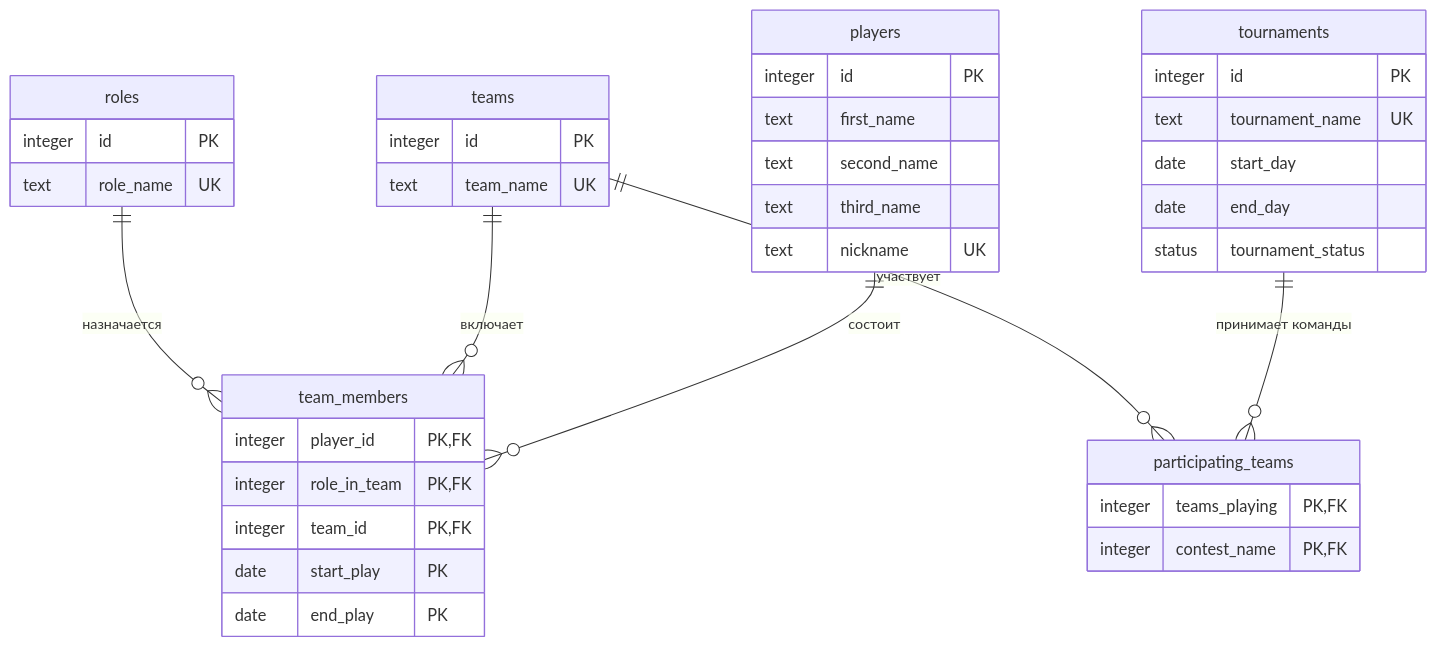
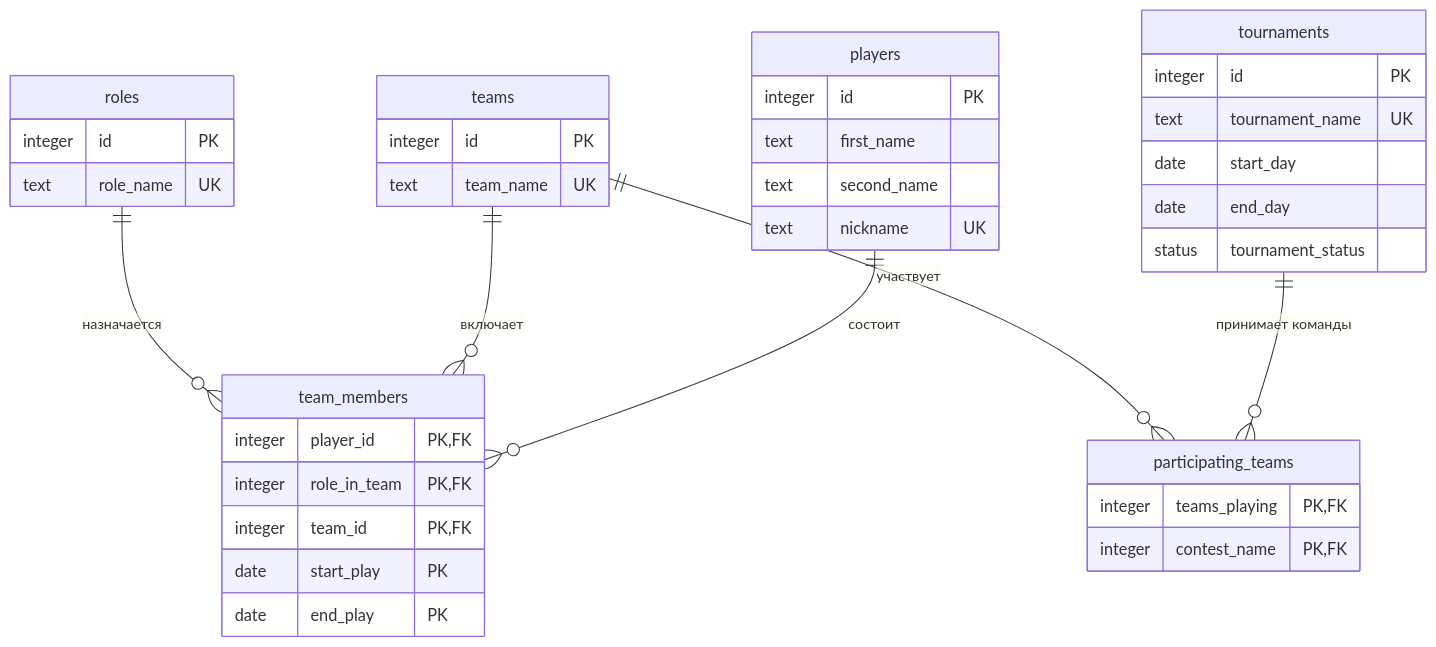
Before and after one commit to ttidalwavess/db_parygina_cybersport: the diagram in README.md, drawn with Mermaid. The commit also changed other lines of this file and 1 other file, not shown here.

````diff
--- a/README.md
+++ b/README.md
@@ -47,48 +47,47 @@
 ```mermaid
 erDiagram
     roles ||--o{ team_members : "назначается"
     teams ||--o{ team_members : "включает"
     players ||--o{ team_members : "состоит"
     teams ||--o{ participating_teams : "участвует"
     tournaments ||--o{ participating_teams : "принимает команды"
     
 
     roles {
         integer id PK
         text role_name UK
     }
 
     teams {
         integer id PK
         text team_name UK
     }
 
     players {
         integer id PK
         text first_name
         text second_name
-        text third_name
         text nickname UK
     }
 
     team_members {
         integer player_id PK, FK
         integer role_in_team PK, FK
         integer team_id PK, FK
         date start_play PK
         date end_play PK
     }
 
     tournaments {
         integer id PK
         text tournament_name UK
         date start_day
         date end_day
         status tournament_status
     }
 
     participating_teams {
         integer teams_playing PK, FK
         integer contest_name PK, FK
     }
 ```
````
